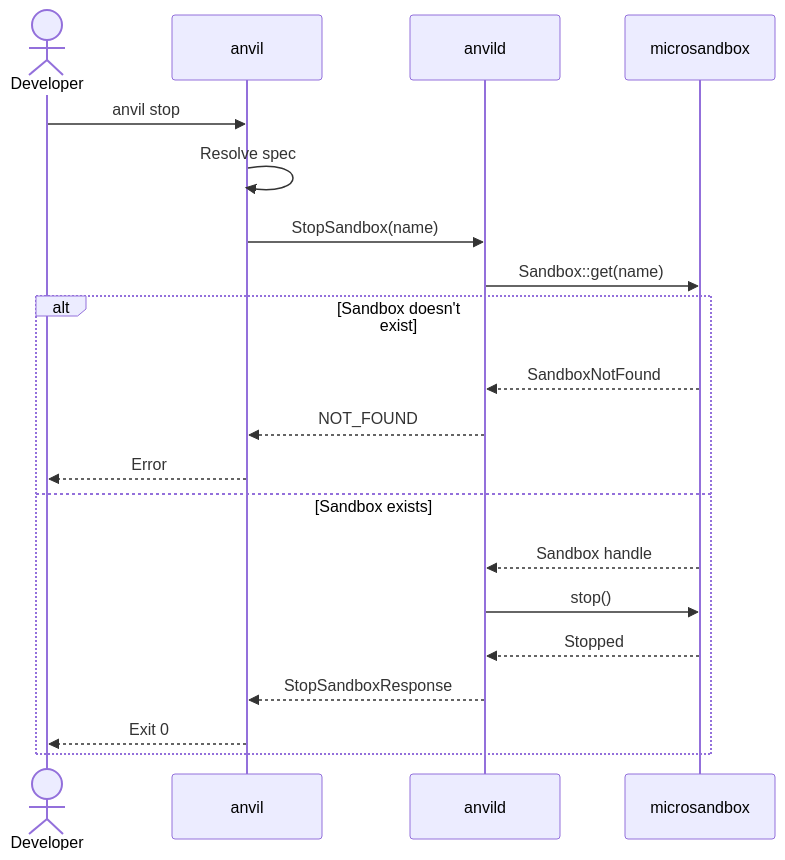
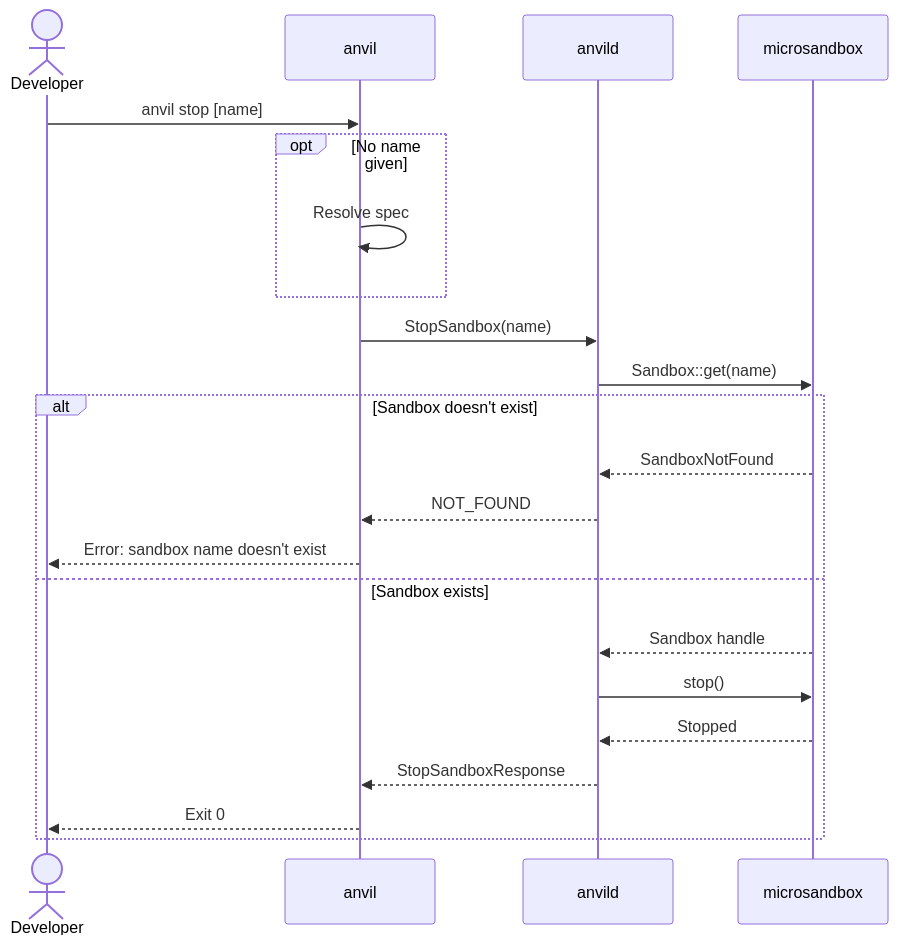
The second of 5 diagrams in docs/architecture/06-runtime-view.md (wmeints/anvil), drawn with Mermaid before and after one commit. The commit also changed other lines of this file and 3 other files, not shown here.

First line of the commit message:
feat(cli): add an optional [name] argument to start, stop and rm

````diff
--- a/docs/architecture/06-runtime-view.md
+++ b/docs/architecture/06-runtime-view.md
@@ -97,23 +100,25 @@
 ```mermaid
 sequenceDiagram
     actor Dev as Developer
     participant CLI as anvil
     participant D as anvild
     participant MS as microsandbox
 
-    Dev->>CLI: anvil stop
-    CLI->>CLI: Resolve spec
+    Dev->>CLI: anvil stop [name]
+    opt No name given
+        CLI->>CLI: Resolve spec
+    end
     CLI->>D: StopSandbox(name)
     D->>MS: Sandbox::get(name)
     alt Sandbox doesn't exist
         MS-->>D: SandboxNotFound
         D-->>CLI: NOT_FOUND
-        CLI-->>Dev: Error
+        CLI-->>Dev: Error: sandbox name doesn't exist
     else Sandbox exists
         MS-->>D: Sandbox handle
         D->>MS: stop()
         MS-->>D: Stopped
         D-->>CLI: StopSandboxResponse
         CLI-->>Dev: Exit 0
     end
 ```
````
